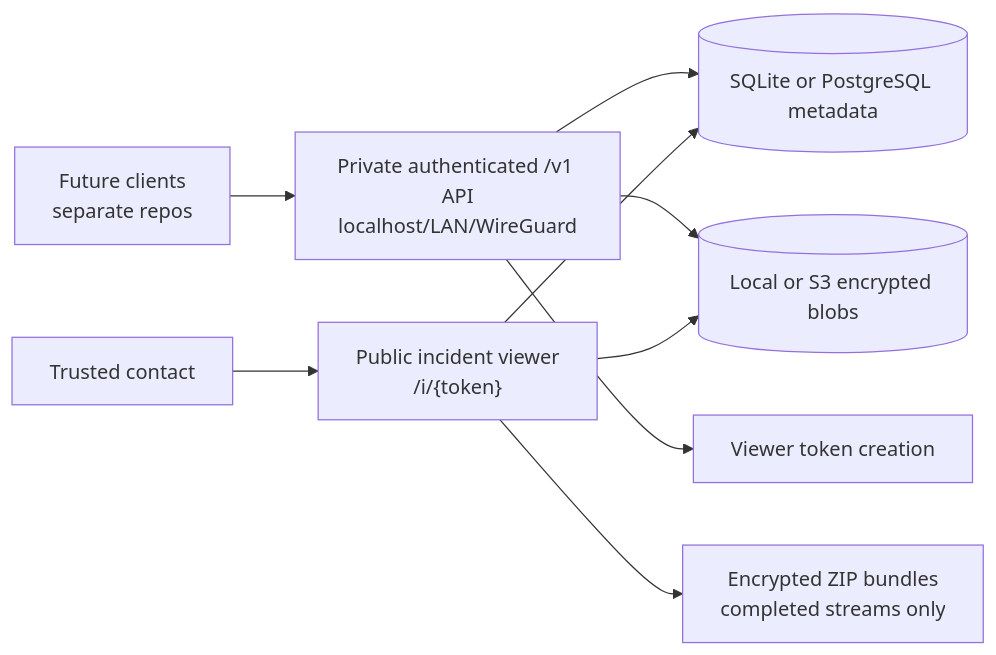
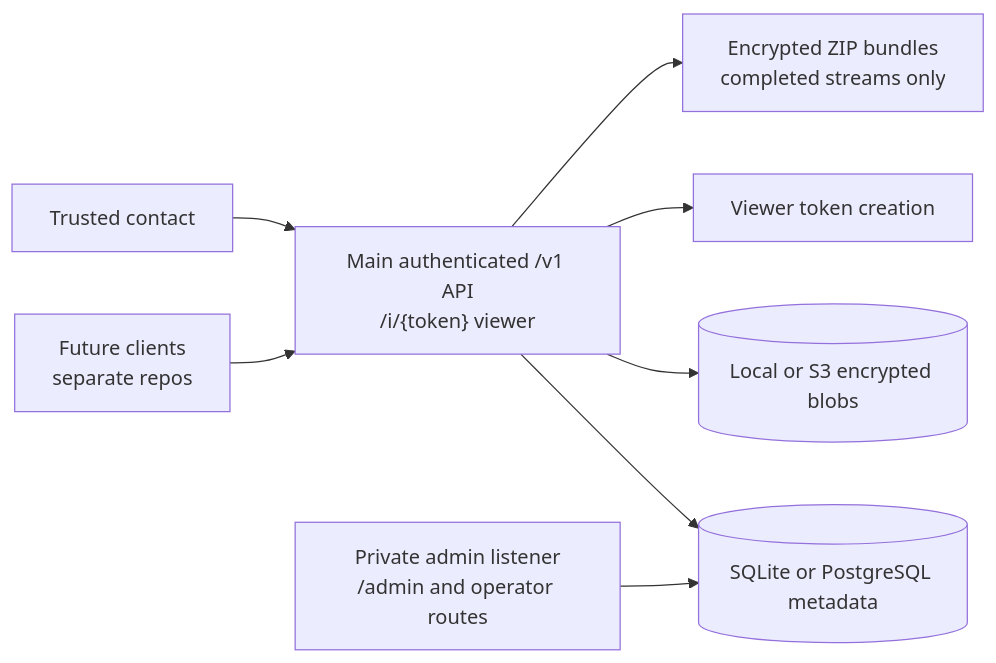
The diagram in README.md (open-proofline/server), drawn with Mermaid before and after one commit. The commit also changed other lines of this file and 62 other files, not shown here.

Commit message:
Move incident viewer onto main listener

````diff
--- a/README.md
+++ b/README.md
@@ -133,11 +133,10 @@
 ```mermaid
 flowchart LR
-    FutureClients["Future clients<br/>separate repos"] --> Private["Private authenticated /v1 API<br/>localhost/LAN/WireGuard"]
-    Private --> DB[(SQLite or PostgreSQL metadata)]
-    Private --> Blobs[(Local or S3 encrypted blobs)]
-    Private --> Tokens["Viewer token creation"]
-    Contact["Trusted contact"] --> Public["Public incident viewer<br/>/i/{token}"]
-    Public --> DB
-    Public --> Blobs
-    Public --> Bundles["Encrypted ZIP bundles<br/>completed streams only"]
+    FutureClients["Future clients<br/>separate repos"] --> Main["Main authenticated /v1 API<br/>/i/{token} viewer"]
+    Main --> DB[(SQLite or PostgreSQL metadata)]
+    Main --> Blobs[(Local or S3 encrypted blobs)]
+    Main --> Tokens["Viewer token creation"]
+    Contact["Trusted contact"] --> Main
+    Main --> Bundles["Encrypted ZIP bundles<br/>completed streams only"]
+    Admin["Private admin listener<br/>/admin and operator routes"] --> DB
 ```
````
